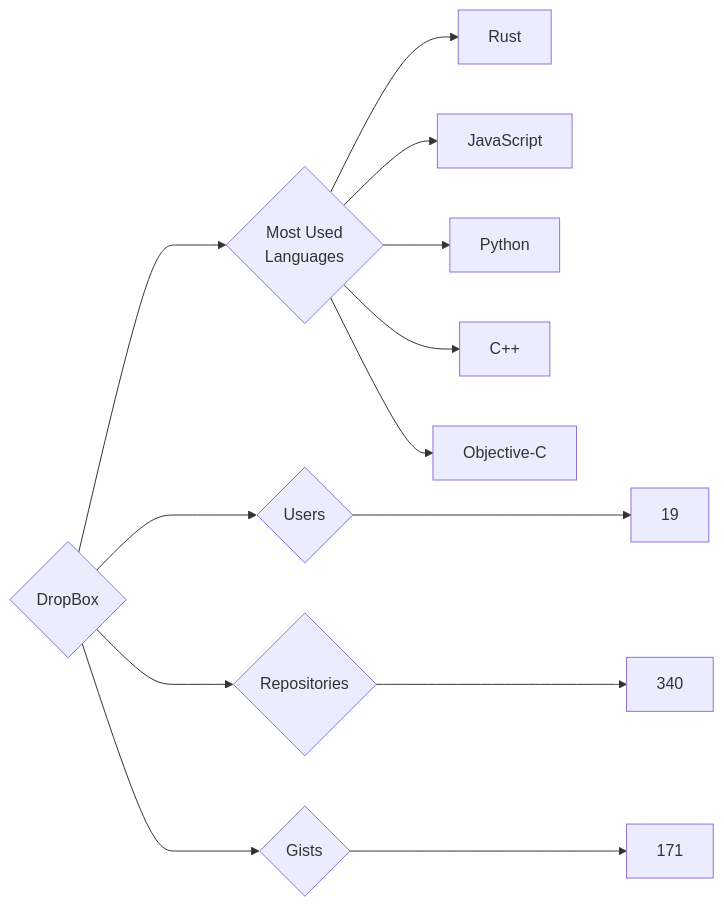
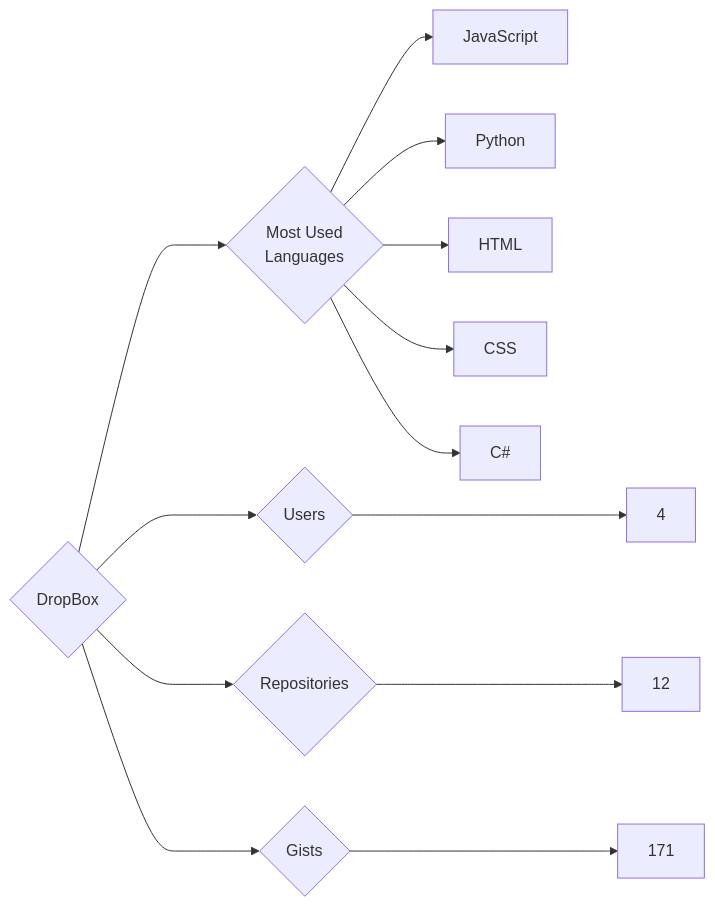
The diagram in targets/DropBox/README.md (trickest/insiders), drawn with Mermaid before and after one commit. The commit also changed 934 other files, not shown here.

````diff
--- a/targets/DropBox/README.md
+++ b/targets/DropBox/README.md
@@ -3,13 +3,13 @@
 ```mermaid
 graph LR
 COMPANY_NAME{DropBox}
-COMPANY_NAME ---> U{Users} ---> UN[19]
-COMPANY_NAME ---> R{Repositories} ---> RN[340]
+COMPANY_NAME ---> U{Users} ---> UN[4]
+COMPANY_NAME ---> R{Repositories} ---> RN[12]
 COMPANY_NAME ---> G{Gists} ---> GN[171]
 COMPANY_NAME ---> ML{Most Used<br>Languages}
-ML --> Rust[Rust]
 ML --> JavaScript[JavaScript]
 ML --> Python[Python]
-ML --> C++[C++]
-ML --> Objective-C[Objective-C]
+ML --> HTML[HTML]
+ML --> CSS[CSS]
+ML --> C#[C#]
 ```
````
